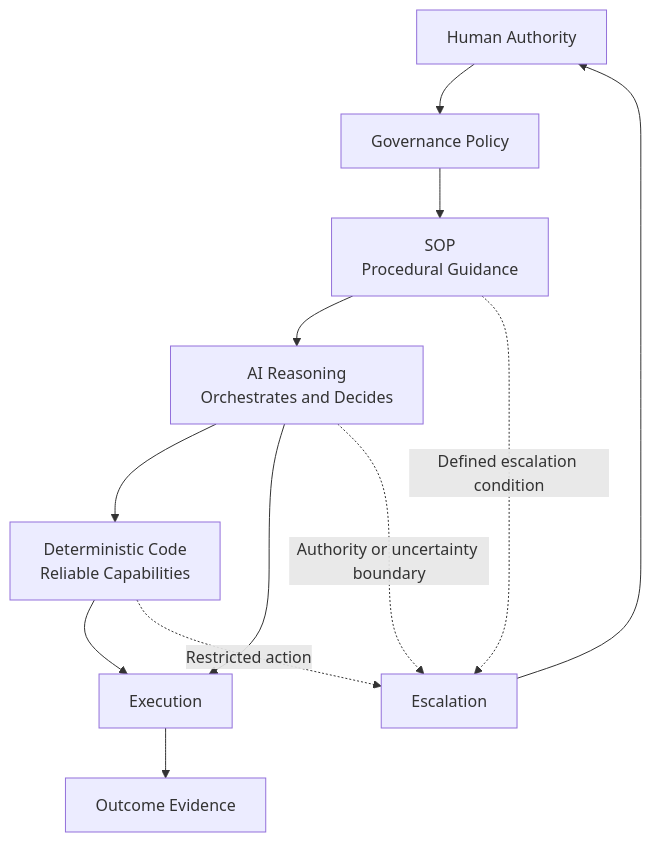
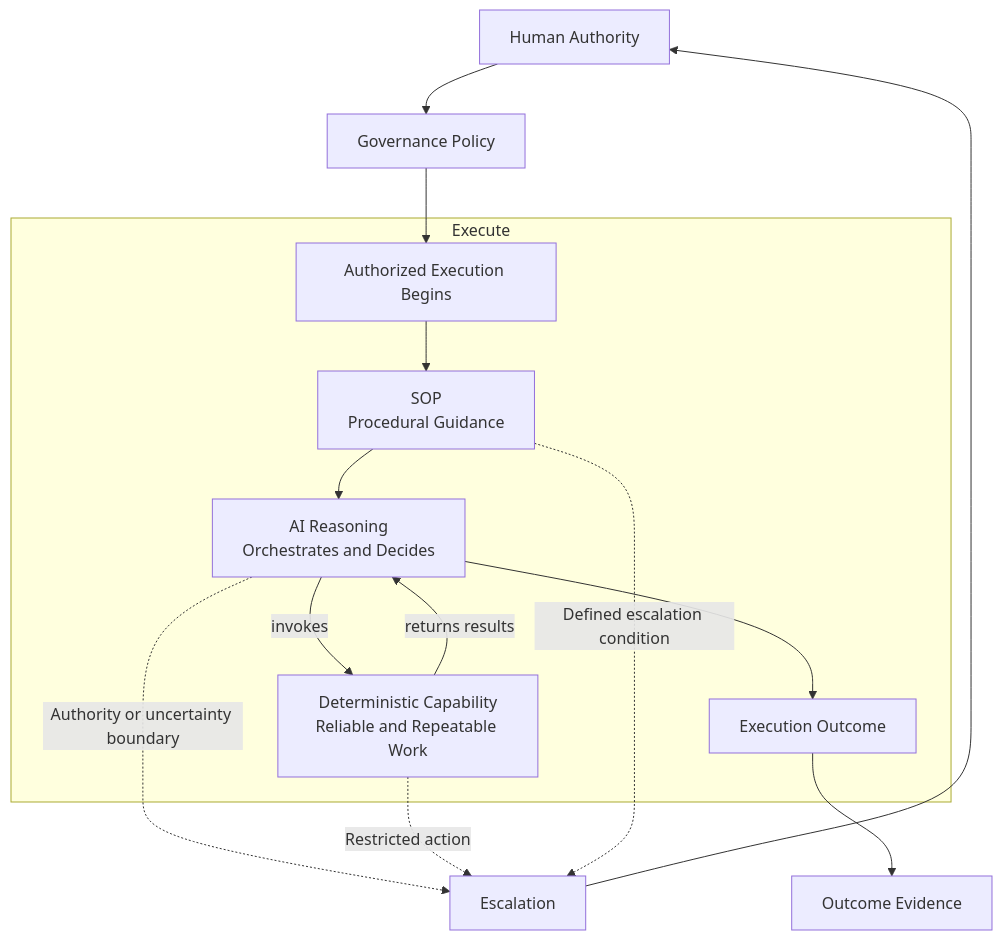
The first of 3 diagrams in docs/architecture/README.md (infoconex/ai-flywheel), drawn with Mermaid before and after one commit. The commit also changed other lines of this file, not shown here.

Commit message:
Clarify execution mechanisms inside runtime diagram

````diff
--- a/docs/architecture/README.md
+++ b/docs/architecture/README.md
@@ -18,15 +20,26 @@
 ```mermaid
 flowchart TD
     H[Human Authority] --> G[Governance Policy]
-    G --> S[SOP<br/>Procedural Guidance]
-    S --> A[AI Reasoning<br/>Orchestrates and Decides]
-    A --> D[Deterministic Code<br/>Reliable Capabilities]
-    D --> X[Execution]
-    A --> X
-    X --> E[Outcome Evidence]
+    G --> START
+
+    subgraph EXECUTE[Execute]
+        START[Authorized Execution Begins]
+        S[SOP<br/>Procedural Guidance]
+        A[AI Reasoning<br/>Orchestrates and Decides]
+        D[Deterministic Capability<br/>Reliable and Repeatable Work]
+        OUT[Execution Outcome]
+
+        START --> S
+        S --> A
+        A -->|invokes| D
+        D -->|returns results| A
+        A --> OUT
+    end
+
+    OUT --> E[Outcome Evidence]
 
     A -. Authority or uncertainty boundary .-> ESC[Escalation]
     D -. Restricted action .-> ESC
     S -. Defined escalation condition .-> ESC
     ESC --> H
 ```
````
